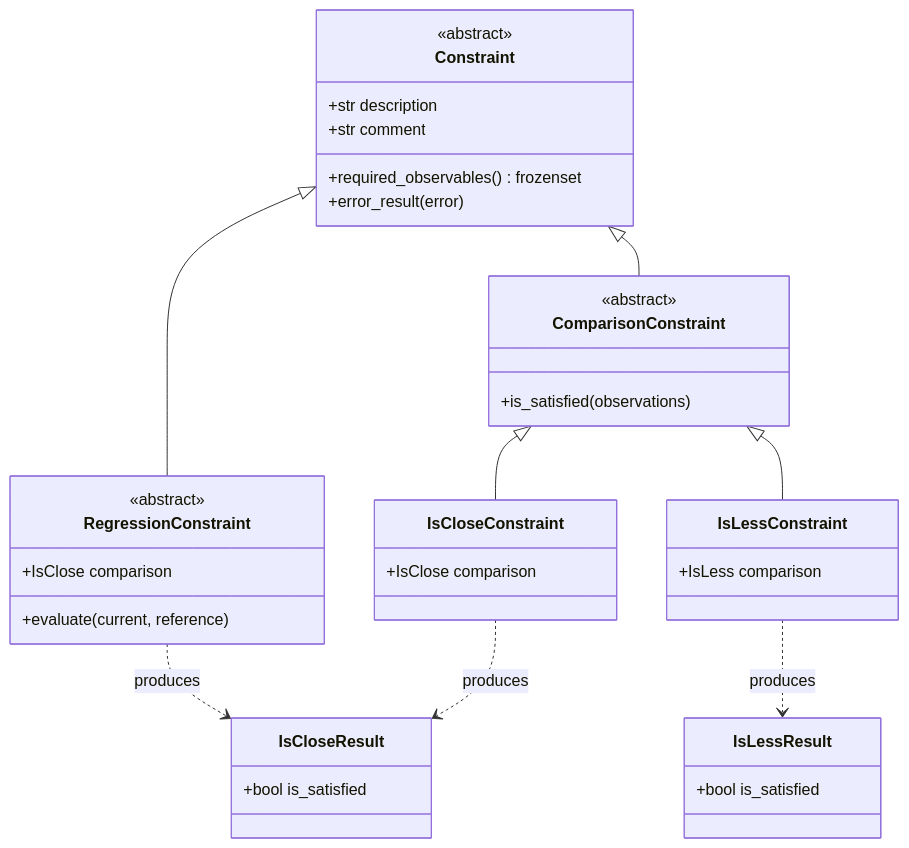
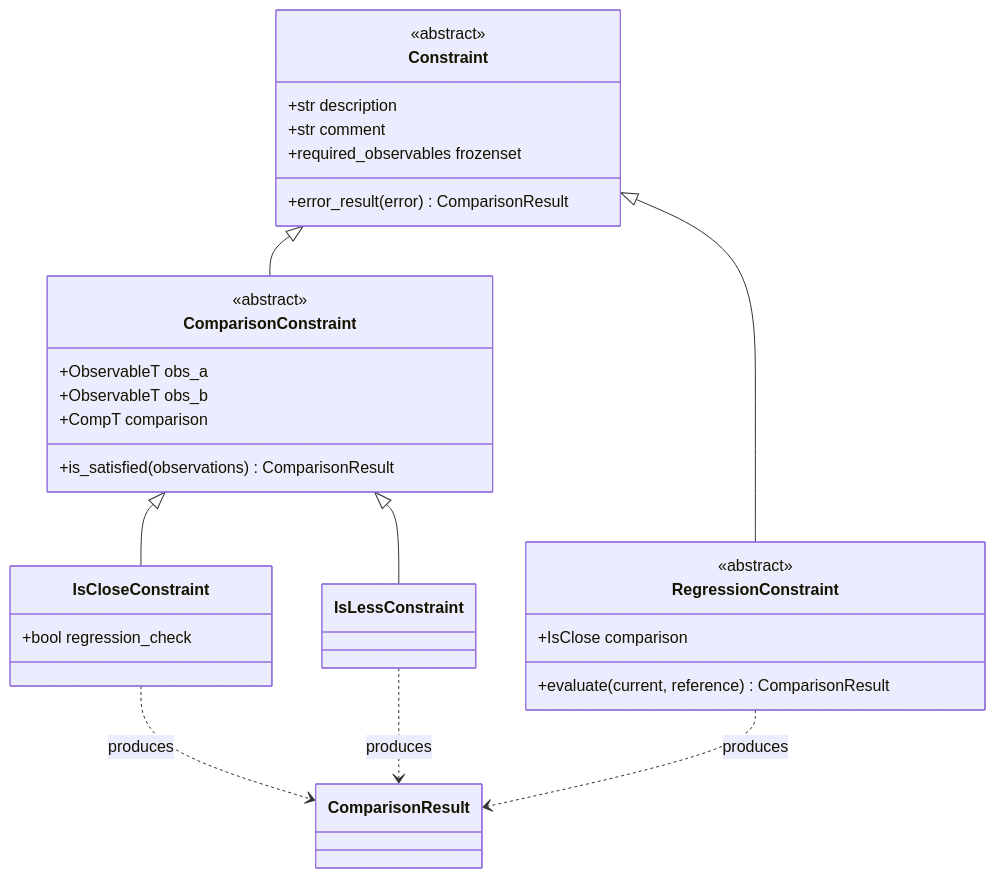
The third of 3 diagrams in docs/constraints/api/index.md (bmad-sim/pytao), drawn with Mermaid before and after one commit. The commit also changed other lines of this file and 6 other files, not shown here.

````diff
--- a/docs/constraints/api/index.md
+++ b/docs/constraints/api/index.md
@@ -90,39 +100,35 @@
 ```mermaid
 classDiagram
     class Constraint {
         <<abstract>>
         +str description
         +str comment
-        +required_observables() frozenset
-        +error_result(error)
+        +required_observables frozenset
+        +error_result(error) ComparisonResult
     }
     class ComparisonConstraint {
         <<abstract>>
-        +is_satisfied(observations)
+        +ObservableT obs_a
+        +ObservableT obs_b
+        +CompT comparison
+        +is_satisfied(observations) ComparisonResult
     }
     class IsCloseConstraint {
-        +IsClose comparison
+        +bool regression_check
     }
-    class IsLessConstraint {
-        +IsLess comparison
-    }
+    class IsLessConstraint
     class RegressionConstraint {
         <<abstract>>
         +IsClose comparison
-        +evaluate(current, reference)
+        +evaluate(current, reference) ComparisonResult
     }
-    class IsCloseResult {
-        +bool is_satisfied
-    }
-    class IsLessResult {
-        +bool is_satisfied
-    }
+    class ComparisonResult
 
     Constraint <|-- ComparisonConstraint
     Constraint <|-- RegressionConstraint
     ComparisonConstraint <|-- IsCloseConstraint
     ComparisonConstraint <|-- IsLessConstraint
-    IsCloseConstraint ..> IsCloseResult : produces
-    IsLessConstraint ..> IsLessResult : produces
-    RegressionConstraint ..> IsCloseResult : produces
+    IsCloseConstraint ..> ComparisonResult : produces
+    IsLessConstraint ..> ComparisonResult : produces
+    RegressionConstraint ..> ComparisonResult : produces
 ```
````
